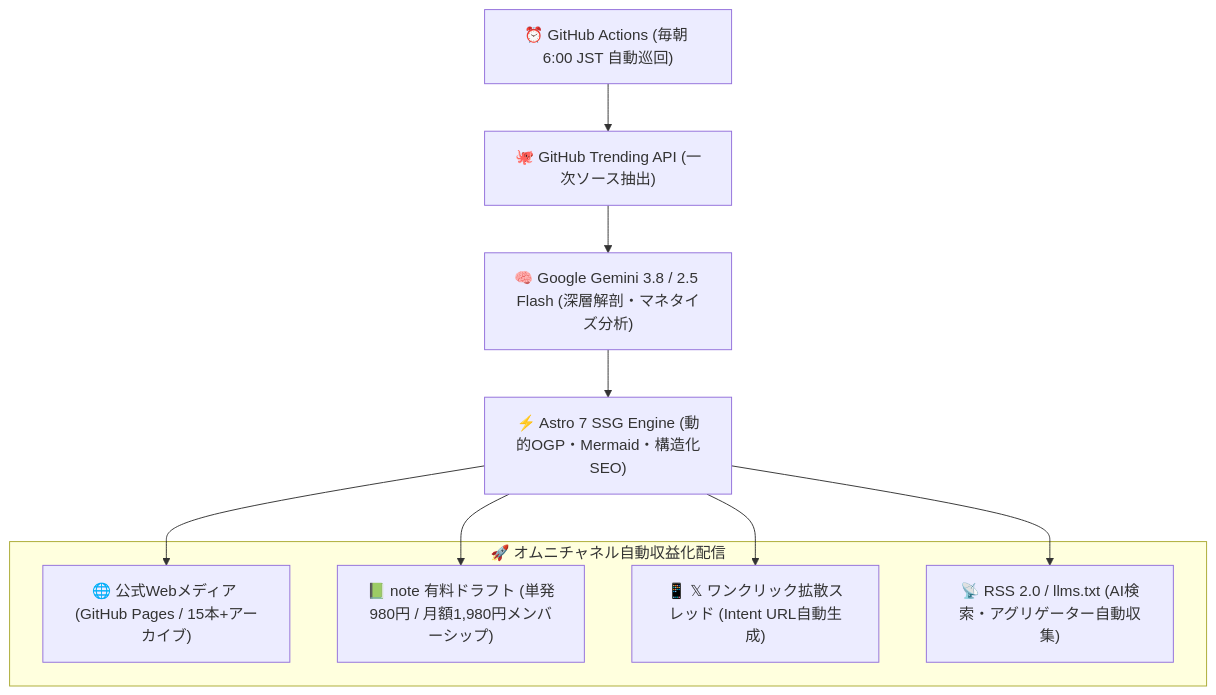
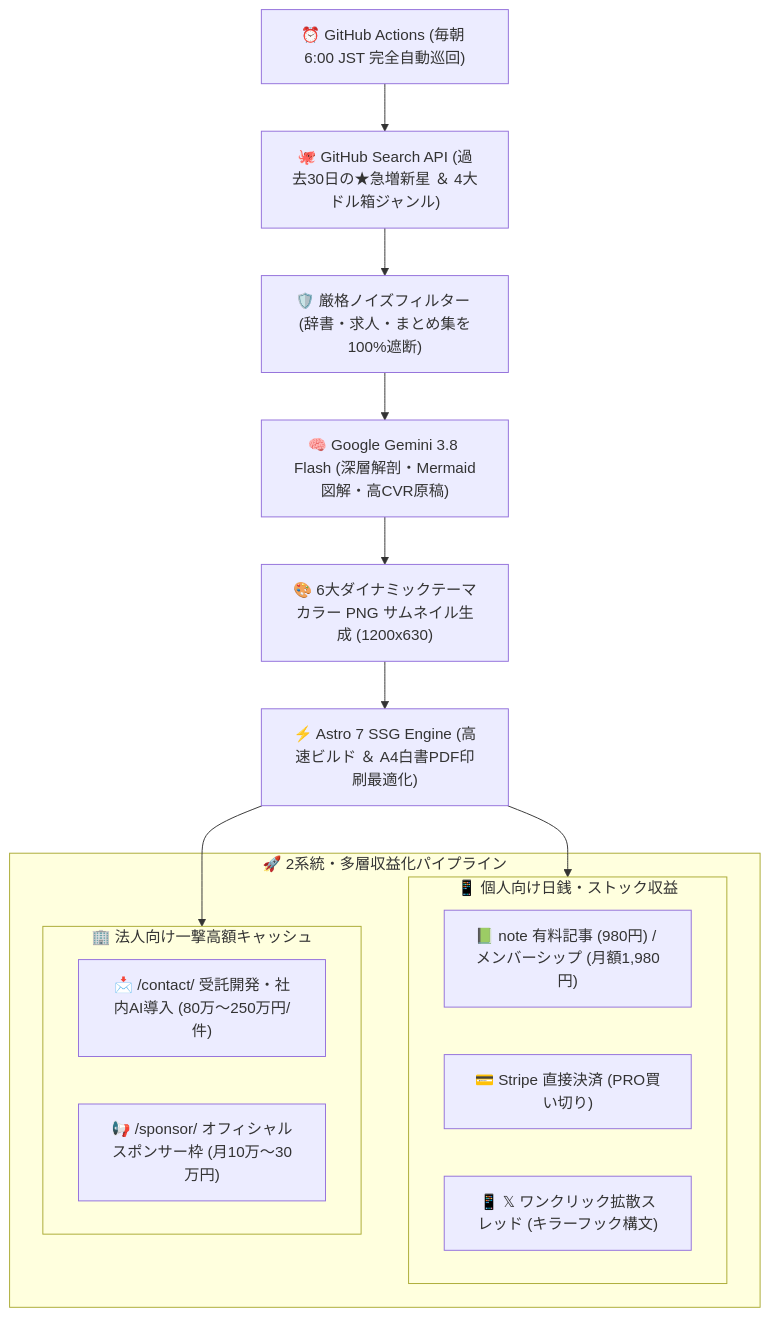
One commit to ssk0224/auto-tech-radar changed the diagram in README.md. Above: the diagram before and after it, drawn with Mermaid. The commit also changed other lines of this file and 2 other files, not shown here.

Commit message:
feat(audit): integrate self-auditing quality gate, update README architecture, and add audit script

````diff
--- a/README.md
+++ b/README.md
@@ -39,23 +41,30 @@
 ```mermaid
 flowchart TD
-    Cron["⏰ GitHub Actions (毎朝 6:00 JST 自動巡回)"]
-    API["🐙 GitHub Trending API (一次ソース抽出)"]
-    AI["🧠 Google Gemini 3.8 / 2.5 Flash (深層解剖・マネタイズ分析)"]
-    Build["⚡ Astro 7 SSG Engine (動的OGP・Mermaid・構造化SEO)"]
+    Cron["⏰ GitHub Actions (毎朝 6:00 JST 完全自動巡回)"]
+    API["🐙 GitHub Search API (過去30日の★急増新星 ＆ 4大ドル箱ジャンル)"]
+    Noise["🛡️ 厳格ノイズフィルター (辞書・求人・まとめ集を100%遮断)"]
+    AI["🧠 Google Gemini 3.8 Flash (深層解剖・Mermaid図解・高CVR原稿)"]
+    OGP["🎨 6大ダイナミックテーマカラー PNG サムネイル生成 (1200x630)"]
+    Build["⚡ Astro 7 SSG Engine (高速ビルド ＆ A4白書PDF印刷最適化)"]
 
     Cron --> API
-    API --> AI
-    AI --> Build
+    API --> Noise
+    Noise --> AI
+    AI --> OGP
+    OGP --> Build
 
-    subgraph OmniChannels["🚀 オムニチャネル自動収益化配信"]
-        Web["🌐 公式Webメディア (GitHub Pages / 15本+アーカイブ)"]
-        Note["📗 note 有料ドラフト (単発980円 / 月額1,980円メンバーシップ)"]
-        X["📱 𝕏 ワンクリック拡散スレッド (Intent URL自動生成)"]
-        RSS["📡 RSS 2.0 / llms.txt (AI検索・アグリゲーター自動収集)"]
+    subgraph Channels["🚀 2系統・多層収益化パイプライン"]
+        subgraph Retail["📱 個人向け日銭・ストック収益"]
+            Note["📗 note 有料記事 (980円) / メンバーシップ (月額1,980円)"]
+            Stripe["💳 Stripe 直接決済 (PRO買い切り)"]
+            X["📱 𝕏 ワンクリック拡散スレッド (キラーフック構文)"]
+        end
+        subgraph Enterprise["🏢 法人向け一撃高額キャッシュ"]
+            B2B["📩 /contact/ 受託開発・社内AI導入 (80万〜250万円/件)"]
+            Sponsor["📢 /sponsor/ オフィシャルスポンサー枠 (月10万〜30万円)"]
+        end
     end
 
-    Build --> Web
-    Build --> Note
-    Build --> X
-    Build --> RSS
+    Build --> Retail
+    Build --> Enterprise
 ```
````
